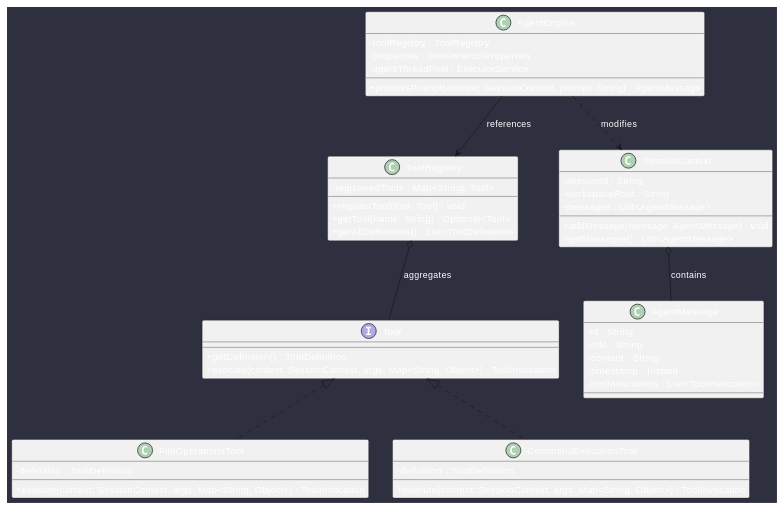
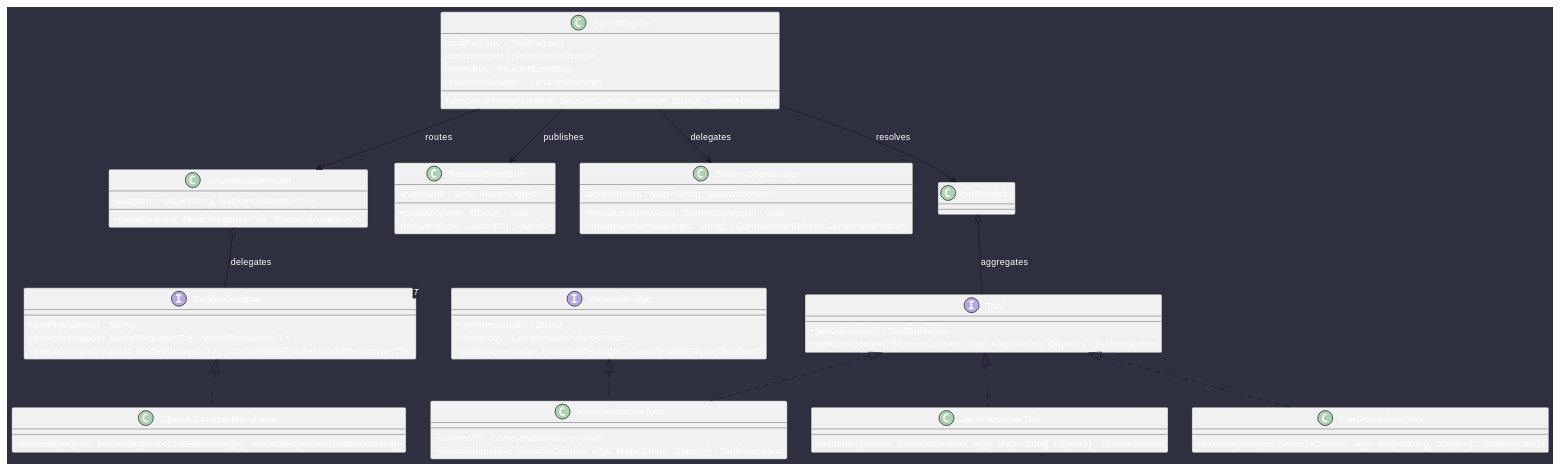
Before and after one commit to mlecabellec/omniwrench: the diagram in doc/docs/architecture/classes.md, drawn with PlantUML. The commit also changed other lines of this file and 12 other files, not shown here.

````diff
--- a/doc/docs/architecture/classes.md
+++ b/doc/docs/architecture/classes.md
@@ -5,57 +5,73 @@
 ```plantuml
 @startuml
 skinparam backgroundColor #2e303f
 skinparam defaultFontColor #ffffff
 skinparam classAttributeIconSize 0
 
 interface Tool {
   + getDefinition() : ToolDefinition
   + execute(context: SessionContext, args: Map<String, Object>) : ToolInvocation
 }
 
 class FileOperationsTool implements Tool {
-  - definition : ToolDefinition
   + execute(context: SessionContext, args: Map<String, Object>) : ToolInvocation
 }
 
-class CommandExecutionTool implements Tool {
-  - definition : ToolDefinition
+class JavaParserAstTool implements Tool {
   + execute(context: SessionContext, args: Map<String, Object>) : ToolInvocation
 }
 
-class ToolRegistry {
-  - registeredTools : Map<String, Tool>
-  + registerTool(tool: Tool) : void
-  + getTool(name: String) : Optional<Tool>
-  + getAllDefinitions() : List<ToolDefinition>
+interface BackendAdapter<T> {
+  + getProviderId() : String
+  + execute(request: ModelRequest<T>) : ModelResponse<T>
+  + executeAsync(request: ModelRequest<T>) : CompletableFuture<ModelResponse<T>>
+}
+
+class OpenAiCompatibleAdapter implements BackendAdapter {
+  + execute(request: ModelRequest<ChatReasoning>) : ModelResponse<ChatReasoning>
+}
+
+class SmartModelRouter {
+  - adapters : Map<String, BackendAdapter<?>>
+  + route(request: ModelRequest<?>) : BackendAdapter<?>
+}
+
+interface ProtocolBridge {
+  + getProtocolId() : String
+  + connect() : CompletableFuture<Void>
+  + publish(message: ProtocolMessage) : CompletableFuture<Boolean>
+}
+
+class HomeAssistantTool implements ProtocolBridge, Tool {
+  + connect() : CompletableFuture<Void>
+  + execute(context: SessionContext, args: Map<String, Object>) : ToolInvocation
+}
+
+class ReactorEventBus {
+  - eventSink : Sinks.Many<Object>
+  + publish(event: Object) : void
+  + onEvent(type: Class<E>) : Flux<E>
+}
+
+class SwarmCoordinator {
+  - activeActors : Map<String, SwarmWorker>
+  + broadcast(envelope: SwarmEnvelope) : void
+  + initiateConsensus(topic: String) : CompletableFuture<ConsensusResult>
 }
 
 class AgentEngine {
   - toolRegistry : ToolRegistry
-  - properties : OmniwrenchProperties
-  - agentThreadPool : ExecutorService
+  - smartRouter : SmartModelRouter
+  - eventBus : ReactorEventBus
+  - sessionManager : SessionManager
   + processPrompt(context: SessionContext, prompt: String) : AgentMessage
 }
 
-class SessionContext {
-  - sessionId : String
-  - workspaceRoot : String
-  - messages : List<AgentMessage>
-  + addMessage(message: AgentMessage) : void
-  + getMessages() : List<AgentMessage>
-}
-
-class AgentMessage {
-  - id : String
-  - role : String
-  - content : String
-  - timestamp : Instant
-  - toolInvocations : List<ToolInvocation>
-}
-
-AgentEngine --> ToolRegistry : references
+AgentEngine --> ToolRegistry : resolves
+AgentEngine --> SmartModelRouter : routes
+AgentEngine --> ReactorEventBus : publishes
+AgentEngine --> SwarmCoordinator : delegates
+SmartModelRouter o-- BackendAdapter : delegates
 ToolRegistry o-- Tool : aggregates
-AgentEngine ..> SessionContext : modifies
-SessionContext o-- AgentMessage : contains
 @enduml
 ```
````
